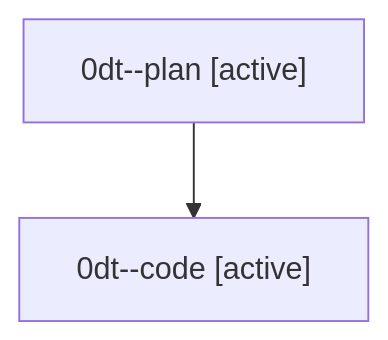
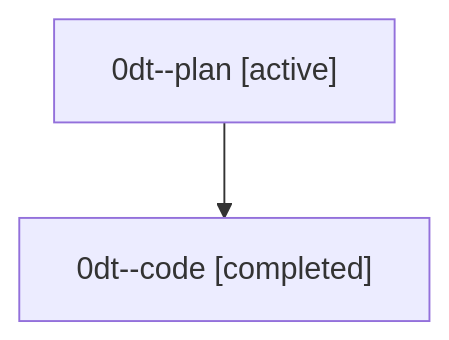
The diagram in families/bbugyi200.athena.0dt.md (sase-org/sase--agents), drawn with Mermaid before and after one commit. The commit also changed other lines of this file and 35830 other files, not shown here.

````diff
--- a/families/bbugyi200.athena.0dt.md
+++ b/families/bbugyi200.athena.0dt.md
@@ -9,6 +9,6 @@
 ```mermaid
 flowchart TD
   n0["0dt--plan [active]"]
-  n1["0dt--code [active]"]
+  n1["0dt--code [completed]"]
   n0 --> n1
 ```
````
